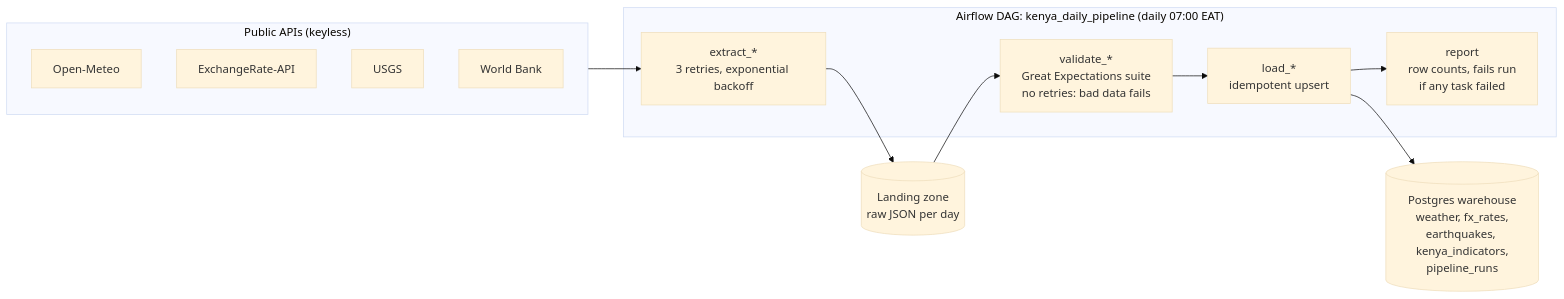
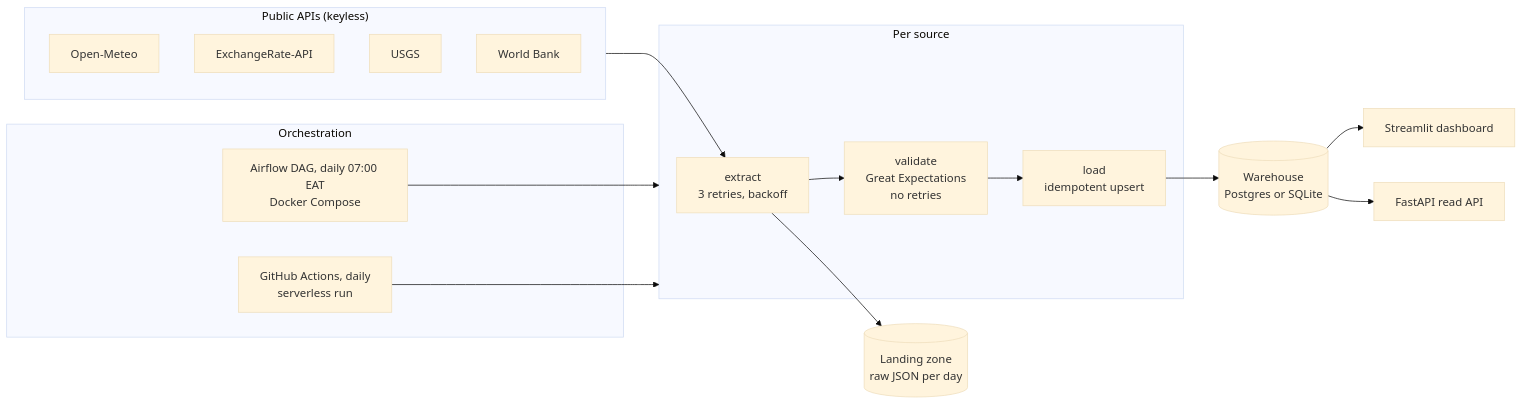
One commit to ngugiauraa/data-pipeline changed the diagram in README.md. Above: the diagram before and after it, drawn with Mermaid (base theme). The commit also changed other lines of this file, not shown here.

Commit message:
Document the full project: orchestration, quality gates, dashboard and API

````diff
--- a/README.md
+++ b/README.md
@@ -14,22 +18,26 @@
 ```mermaid
 flowchart LR
     subgraph APIs["Public APIs (keyless)"]
         A1[Open-Meteo]
         A2[ExchangeRate-API]
         A3[USGS]
         A4[World Bank]
     end
 
-    subgraph Airflow["Airflow DAG: kenya_daily_pipeline (daily 07:00 EAT)"]
-        E[extract_*<br/>3 retries, exponential backoff]
-        V[validate_*<br/>Great Expectations suite<br/>no retries: bad data fails]
-        L[load_*<br/>idempotent upsert]
-        R[report<br/>row counts, fails run<br/>if any task failed]
+    subgraph Run["Orchestration"]
+        AF[Airflow DAG, daily 07:00 EAT<br/>Docker Compose]
+        GA[GitHub Actions, daily<br/>serverless run]
     end
 
-    LZ[(Landing zone<br/>raw JSON per day)]
-    WH[(Postgres warehouse<br/>weather, fx_rates,<br/>earthquakes, kenya_indicators,<br/>pipeline_runs)]
+    subgraph Steps["Per source"]
+        E[extract<br/>3 retries, backoff] --> V[validate<br/>Great Expectations<br/>no retries] --> L[load<br/>idempotent upsert]
+    end
 
-    APIs --> E --> LZ --> V --> L --> WH
-    L --> R
+    APIs --> E
+    AF --> Steps
+    GA --> Steps
+    E --> LZ[(Landing zone<br/>raw JSON per day)]
+    L --> WH[(Warehouse<br/>Postgres or SQLite)]
+    WH --> DB[Streamlit dashboard]
+    WH --> API[FastAPI read API]
 ```
````
